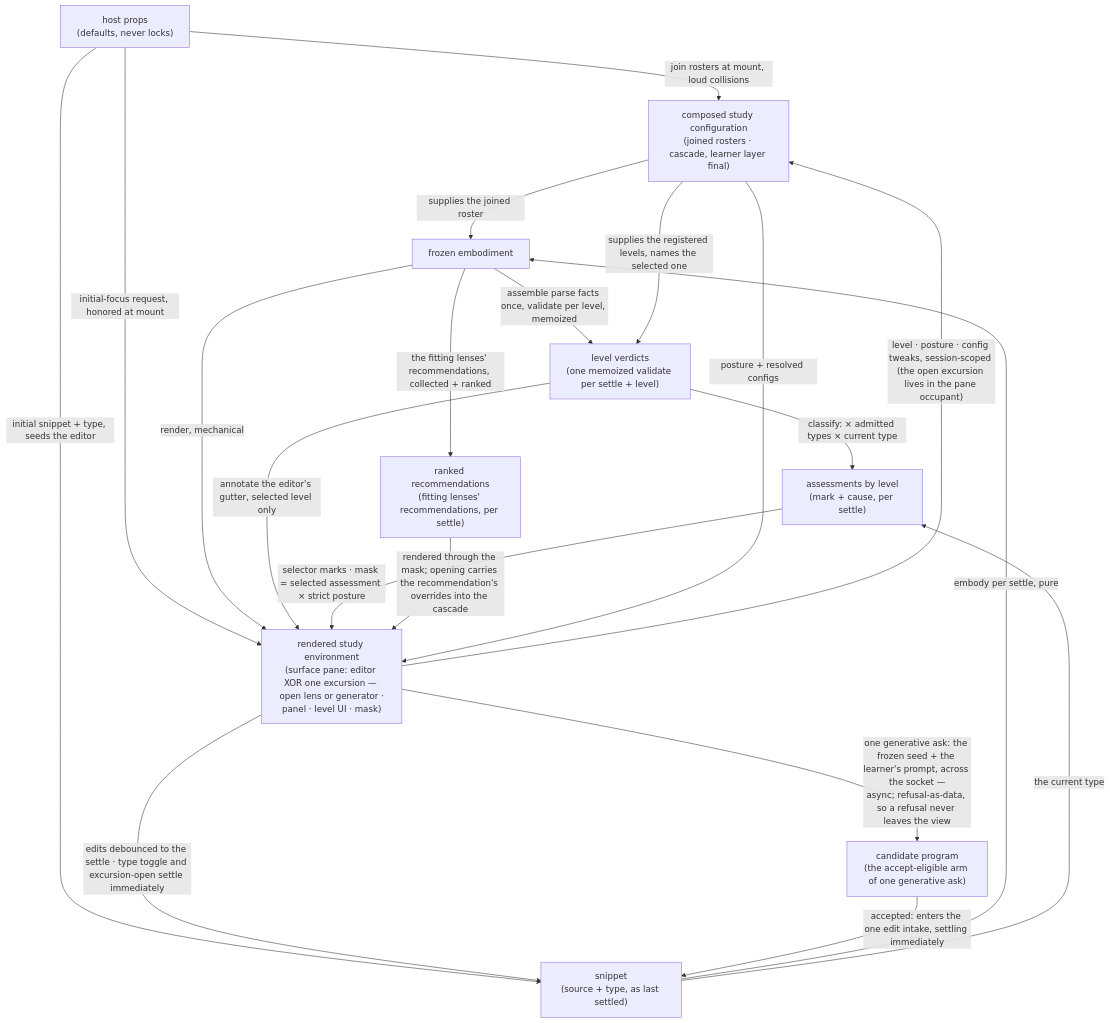
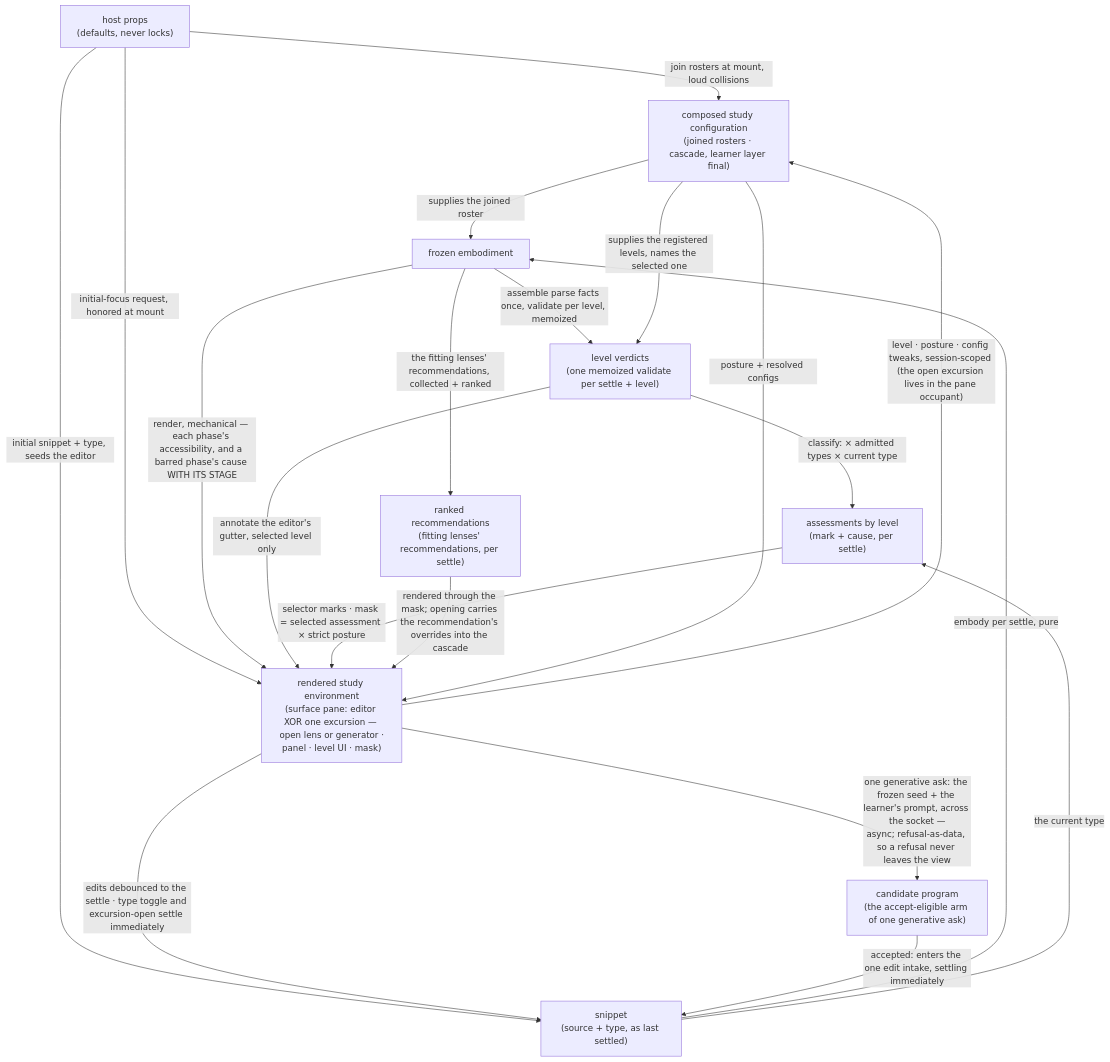
One commit to codeschoolinabox/curricula changed the first of 2 diagrams in src/lib/study-lenses/orchestrate/DOCS.md. Above: the diagram before and after it, drawn with Mermaid. The commit also changed other lines of this file and 3 other files, not shown here.

````diff
--- a/src/lib/study-lenses/orchestrate/DOCS.md
+++ b/src/lib/study-lenses/orchestrate/DOCS.md
@@ -67,31 +67,31 @@
 ```mermaid
 flowchart TD
     PROPS["host props<br/>(defaults, never locks)"]
     CFG["composed study configuration<br/>(joined rosters · cascade, learner layer final)"]
     SNP["snippet<br/>(source + type, as last settled)"]
     EMB["frozen embodiment"]
     VER["level verdicts<br/>(one memoized validate per settle + level)"]
     MARKS["assessments by level<br/>(mark + cause, per settle)"]
     RECS["ranked recommendations<br/>(fitting lenses' recommendations, per settle)"]
     SUR["rendered study environment<br/>(surface pane: editor XOR one excursion — open lens or generator ·<br/>panel · level UI · mask)"]
     CANDIDATE["candidate program<br/>(the accept-eligible arm of one generative ask)"]
     PROPS -->|"join rosters at mount, loud collisions"| CFG
     PROPS -->|"initial snippet + type, seeds the editor"| SNP
     PROPS -->|"initial-focus request, honored at mount"| SUR
     SNP -->|"embody per settle, pure"| EMB
     CFG -->|"supplies the joined roster"| EMB
     EMB -->|"assemble parse facts once, validate per level, memoized"| VER
     CFG -->|"supplies the registered levels, names the selected one"| VER
     VER -->|"classify: × admitted types × current type"| MARKS
     SNP -->|"the current type"| MARKS
-    EMB -->|"render, mechanical"| SUR
+    EMB -->|"render, mechanical — each phase's accessibility, and a barred phase's cause WITH ITS STAGE"| SUR
     VER -->|"annotate the editor's gutter, selected level only"| SUR
     MARKS -->|"selector marks · mask = selected assessment × strict posture"| SUR
     EMB -->|"the fitting lenses' recommendations, collected + ranked"| RECS
     RECS -->|"rendered through the mask; opening carries the recommendation's overrides into the cascade"| SUR
     CFG -->|"posture + resolved configs"| SUR
     SUR -->|"edits debounced to the settle · type toggle and excursion-open settle immediately"| SNP
     SUR -->|"level · posture · config tweaks, session-scoped (the open excursion lives in the pane occupant)"| CFG
     SUR -->|"one generative ask: the frozen seed + the learner's prompt, across the socket —<br/>async; refusal-as-data, so a refusal never leaves the view"| CANDIDATE
     CANDIDATE -->|"accepted: enters the one edit intake, settling immediately"| SNP
 ```
````
